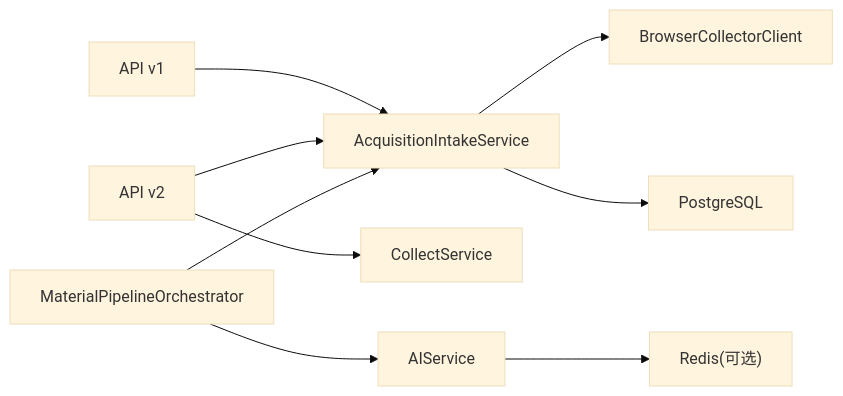
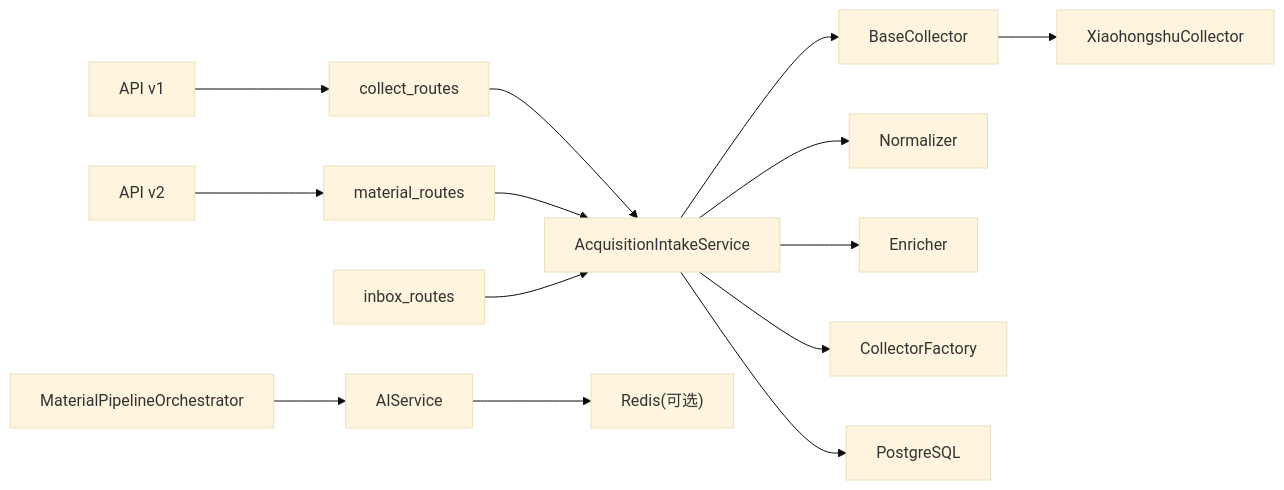
One commit to dream-ze/AI_huoke- changed the eighth of 8 diagrams in .qoder/repowiki/zh/content/内容采集系统/内容采集系统.md. Above: the diagram before and after it, drawn with Mermaid (base theme). The commit also changed other lines of this file and 52 other files, not shown here.

````diff
--- a/.qoder/repowiki/zh/content/内容采集系统/内容采集系统.md
+++ b/.qoder/repowiki/zh/content/内容采集系统/内容采集系统.md
@@ -351,11 +416,16 @@
 ```mermaid
 graph LR
-API_V1["API v1"] --> AIS["AcquisitionIntakeService"]
-API_V2["API v2"] --> CS["CollectService"]
-API_V2 --> AIS
-AIS --> BCC["BrowserCollectorClient"]
-AIS --> DB["PostgreSQL"]
-MPO["MaterialPipelineOrchestrator"] --> AIS
-MPO --> AI["AIService"]
+API_V1["API v1"] --> COLLECT_ROUTES["collect_routes"]
+API_V2["API v2"] --> MATERIAL_ROUTES["material_routes"]
+COLLECT_ROUTES --> AC["AcquisitionIntakeService"]
+MATERIAL_ROUTES --> AC
+INBOX_ROUTES["inbox_routes"] --> AC
+AC --> BC["BaseCollector"]
+BC --> XC["XiaohongshuCollector"]
+AC --> NF["Normalizer"]
+AC --> EN["Enricher"]
+AC --> FC["CollectorFactory"]
+AC --> DB["PostgreSQL"]
+MPO["MaterialPipelineOrchestrator"] --> AI["AIService"]
 AI --> REDIS["Redis(可选)"]
 ```
````
